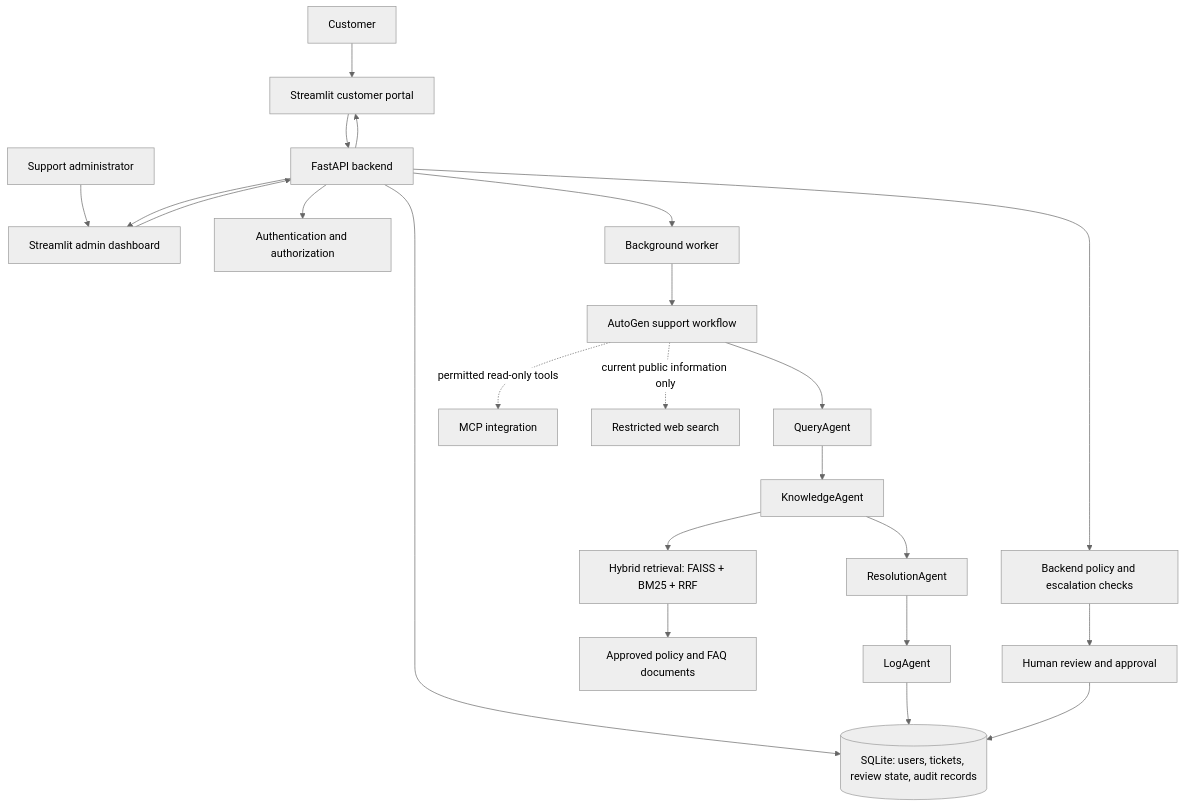
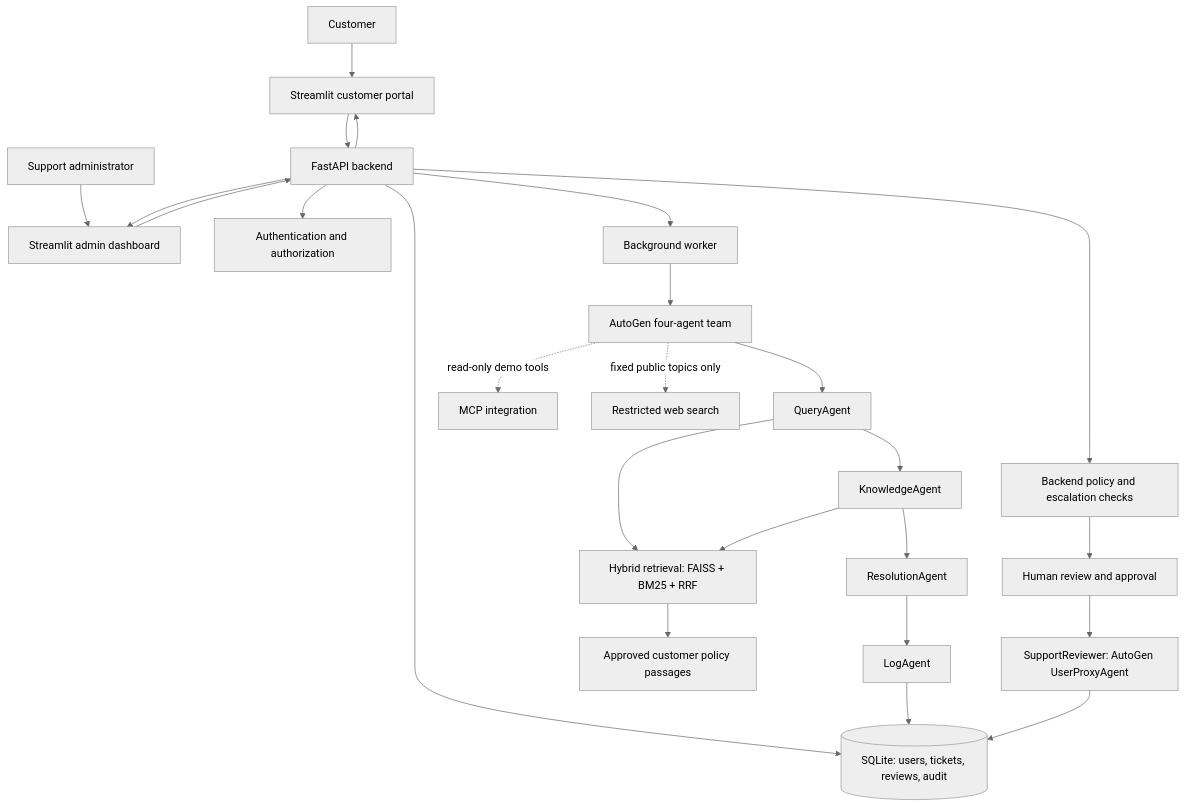
The first of 2 diagrams in README.md (poovizhimangaipatchirajan/AI-Customer-Support-Multigent--Autogen), drawn with Mermaid (neutral theme) before and after one commit. The commit also changed other lines of this file, not shown here.

Commit message:
docs: fix README Mermaid diagrams for GitHub rendering
Workflow diagram labels started with '1.' which GitHub's Mermaid parses as an
unsupported Markdown list. Labels are now quoted, and both diagrams show the
current flow: RAG for QueryAgent and KnowledgeAgent, the under-INR-500
automatic path, and the SupportReviewer (UserProxyAgent) human-in-the-loop step.

````diff
--- a/README.md
+++ b/README.md
@@ -43,25 +43,27 @@
 ```mermaid
 flowchart TB
-    C[Customer] --> UI[Streamlit customer portal]
-    A[Support administrator] --> AD[Streamlit admin dashboard]
-    UI --> API[FastAPI backend]
+    C["Customer"] --> UI["Streamlit customer portal"]
+    A["Support administrator"] --> AD["Streamlit admin dashboard"]
+    UI --> API["FastAPI backend"]
     AD --> API
-    API --> AUTH[Authentication and authorization]
-    API --> DB[(SQLite: users, tickets, review state, audit records)]
-    API --> GUARD[Backend policy and escalation checks]
-    API --> WORKER[Background worker]
-    WORKER --> TEAM[AutoGen support workflow]
-    TEAM --> QA[QueryAgent]
-    QA --> KA[KnowledgeAgent]
-    KA --> RA[ResolutionAgent]
-    RA --> LA[LogAgent]
-    KA --> RAG[Hybrid retrieval: FAISS + BM25 + RRF]
-    RAG --> DOCS[Approved policy and FAQ documents]
-    TEAM -. permitted read-only tools .-> MCP[MCP integration]
-    TEAM -. current public information only .-> WEB[Restricted web search]
+    API --> AUTH["Authentication and authorization"]
+    API --> DB[("SQLite: users, tickets, reviews, audit")]
+    API --> GUARD["Backend policy and escalation checks"]
+    API --> WORKER["Background worker"]
+    WORKER --> TEAM["AutoGen four-agent team"]
+    TEAM --> QA["QueryAgent"]
+    QA --> KA["KnowledgeAgent"]
+    KA --> RA["ResolutionAgent"]
+    RA --> LA["LogAgent"]
+    QA --> RAG["Hybrid retrieval: FAISS + BM25 + RRF"]
+    KA --> RAG
+    RAG --> DOCS["Approved customer policy passages"]
+    TEAM -. "read-only demo tools" .-> MCP["MCP integration"]
+    TEAM -. "fixed public topics only" .-> WEB["Restricted web search"]
     LA --> DB
-    GUARD --> REVIEW[Human review and approval]
-    REVIEW --> DB
+    GUARD --> REVIEW["Human review and approval"]
+    REVIEW --> HITL["SupportReviewer: AutoGen UserProxyAgent"]
+    HITL --> DB
     API --> UI
     API --> AD
 ```
````
